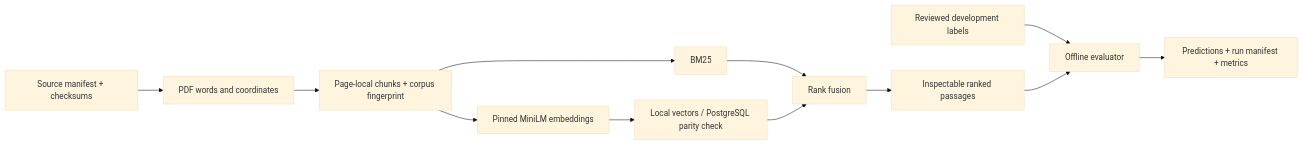
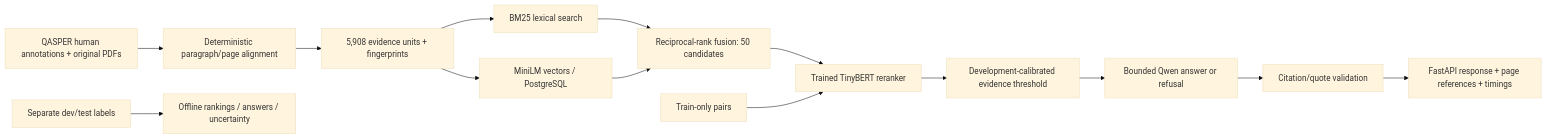
One commit to Laynzzz/EvidenceBench changed the diagram in docs/teaching-guide.md. Above: the diagram before and after it, drawn with Mermaid (base theme). The commit also changed other lines of this file and 23 other files, not shown here.

````diff
--- a/docs/teaching-guide.md
+++ b/docs/teaching-guide.md
@@ -10,14 +15,16 @@
 ```mermaid
 flowchart LR
-    M[Source manifest + checksums] --> P[PDF words and coordinates]
-    P --> C[Page-local chunks + corpus fingerprint]
-    C --> B[BM25]
-    C --> E[Pinned MiniLM embeddings]
-    E --> V[Local vectors / PostgreSQL parity check]
-    B --> F[Rank fusion]
-    V --> F
-    F --> R[Inspectable ranked passages]
-    L[Reviewed development labels] --> Q[Offline evaluator]
-    R --> Q
-    Q --> A[Predictions + run manifest + metrics]
+    S[QASPER human annotations + original PDFs] --> A[Deterministic paragraph/page alignment]
+    A --> C[5,908 evidence units + fingerprints]
+    C --> B[BM25 lexical search]
+    C --> D[MiniLM vectors / PostgreSQL]
+    B --> H[Reciprocal-rank fusion: 50 candidates]
+    D --> H
+    H --> R[Trained TinyBERT reranker]
+    R --> T[Development-calibrated evidence threshold]
+    T --> G[Bounded Qwen answer or refusal]
+    G --> V[Citation/quote validation]
+    V --> API[FastAPI response + page references + timings]
+    L[Train-only pairs] --> R
+    E[Separate dev/test labels] --> M[Offline rankings / answers / uncertainty]
 ```
````
